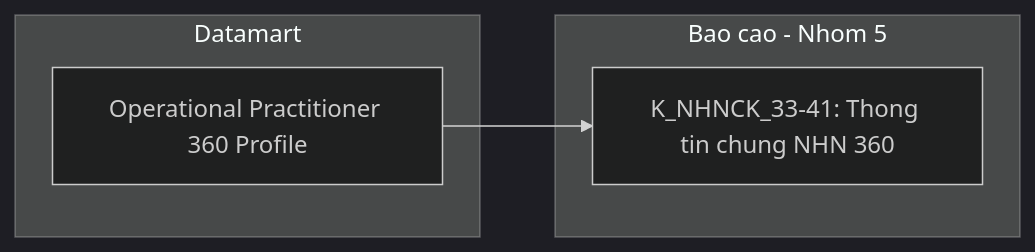
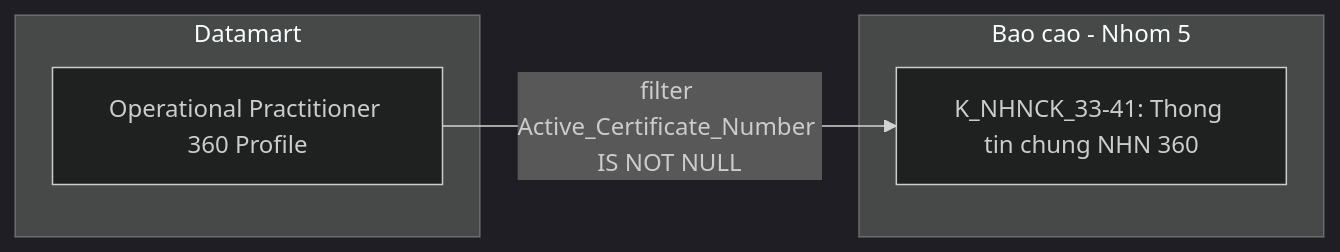
Diagram 23 of 40 in Datamart/hld/DTM_NHNCK_HLD.md (linhlvit/ubck_atomic_design), drawn with Mermaid (dark theme) before and after one commit. The commit also changed other lines of this file and 7 other files, not shown here.

````diff
--- a/Datamart/hld/DTM_NHNCK_HLD.md
+++ b/Datamart/hld/DTM_NHNCK_HLD.md
@@ -998,10 +1000,10 @@
 ```mermaid
 flowchart LR
     subgraph Datamart["Datamart"]
         G1["Operational Practitioner 360 Profile"]
     end
     subgraph RPT["Bao cao - Nhom 5"]
         R1["K_NHNCK_33-41: Thong tin chung NHN 360"]
     end
-    G1 --> R1
+    G1 -- "filter Active_Certificate_Number IS NOT NULL" --> R1
 ```
````
